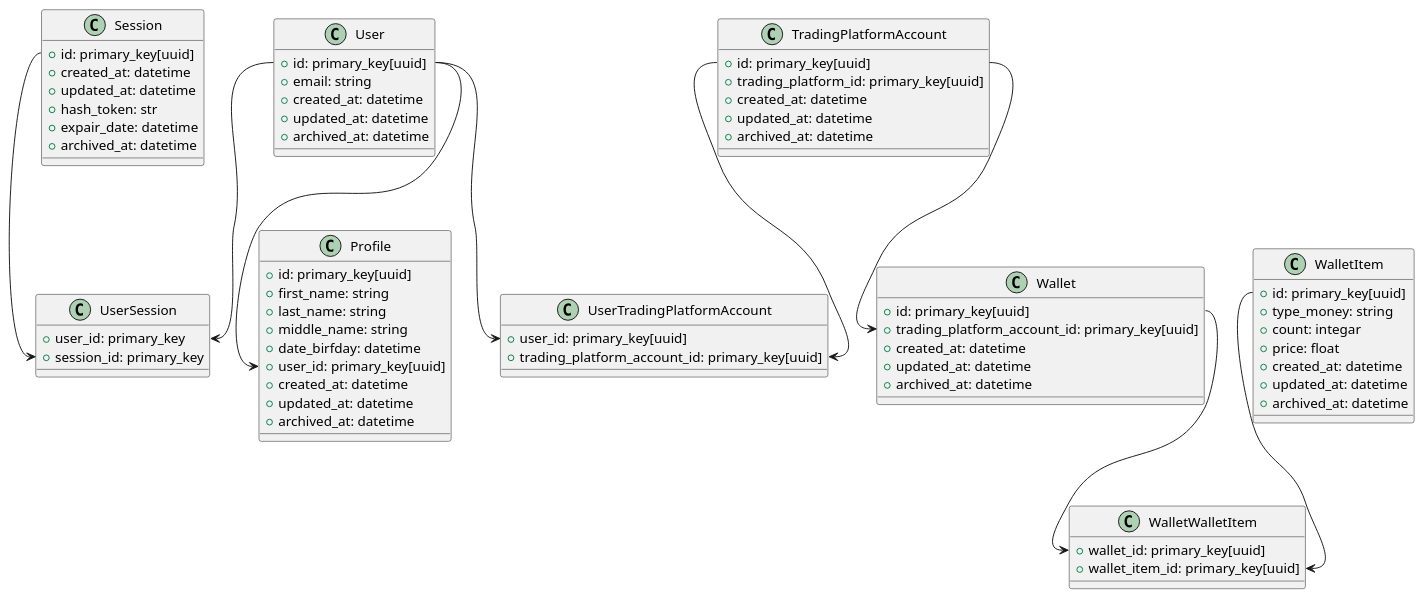
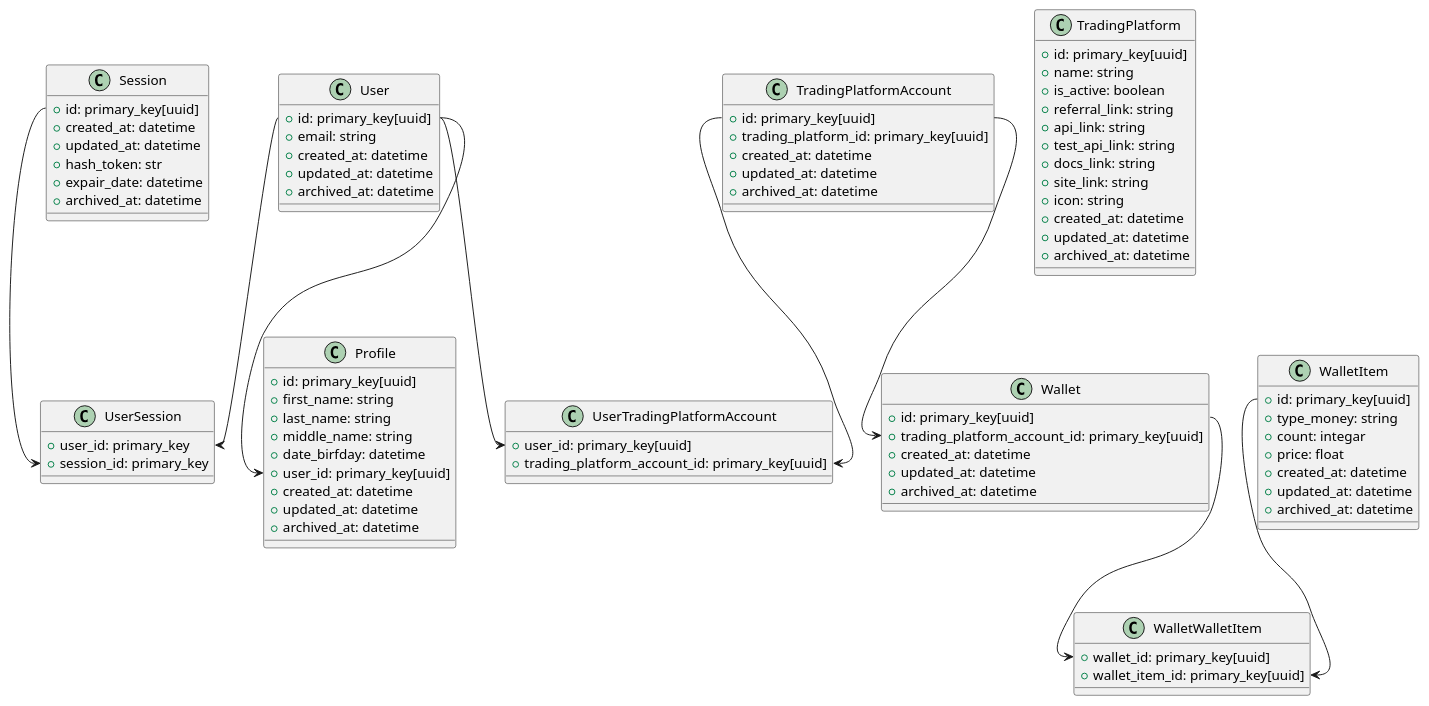
The diagram in diagrams/UserModuleDBArchitecture.puml (Nikolaj9596/HostingTredingBotsCS), drawn with PlantUML before and after one commit. The commit also changed 4 other files, not shown here.

Commit message:
feat: added trading platform interface and domain modal

```diff
--- a/diagrams/UserModuleDBArchitecture.puml
+++ b/diagrams/UserModuleDBArchitecture.puml
@@ -1,81 +1,96 @@
 @startuml
 
 class User {
   + id: primary_key[uuid]
   + email: string
   + created_at: datetime 
   + updated_at: datetime 
   + archived_at: datetime
 }
 
 class Session {
   + id: primary_key[uuid]
   + created_at: datetime 
   + updated_at: datetime 
   + hash_token: str
   + expair_date: datetime
   + archived_at: datetime
 }
 
 class UserSession {
   + user_id: primary_key
   + session_id: primary_key
 }
 
 class Profile {
   + id: primary_key[uuid]
   + first_name: string
   + last_name: string
   + middle_name: string
   + date_birfday: datetime
   + user_id: primary_key[uuid]
+  + created_at: datetime 
+  + updated_at: datetime 
+  + archived_at: datetime
+}
+
+class TradingPlatform {
+  + id: primary_key[uuid]
+  + name: string
+  + is_active: boolean 
+  + referral_link: string
+  + api_link: string
+  + test_api_link: string
+  + docs_link: string
+  + site_link: string
+  + icon: string
   + created_at: datetime 
   + updated_at: datetime 
   + archived_at: datetime
 }
 
 class TradingPlatformAccount {
   + id: primary_key[uuid]
   + trading_platform_id: primary_key[uuid]
   + created_at: datetime 
   + updated_at: datetime 
   + archived_at: datetime
 }
 
 class UserTradingPlatformAccount{
   + user_id: primary_key[uuid]
   + trading_platform_account_id: primary_key[uuid] 
 }
 
 class Wallet{
   + id: primary_key[uuid]
   + trading_platform_account_id: primary_key[uuid] 
   + created_at: datetime 
   + updated_at: datetime 
   + archived_at: datetime
 }
 
 class WalletItem{
   + id: primary_key[uuid]
   + type_money: string
   + count: integar
   + price: float
   + created_at: datetime 
   + updated_at: datetime 
   + archived_at: datetime
 }
 
 class WalletWalletItem{
   + wallet_id: primary_key[uuid]
   + wallet_item_id: primary_key[uuid]
 }
 
 User::id --> UserSession::user_id
 User::id --> UserTradingPlatformAccount::user_id
 User::id --> Profile::user_id
 TradingPlatformAccount::id --> UserTradingPlatformAccount::trading_platform_account_id
 TradingPlatformAccount::id --> Wallet::trading_platform_account_id
 Session::id --> UserSession::session_id
 Wallet::id --> WalletWalletItem::wallet_id
 WalletItem::id --> WalletWalletItem::wallet_item_id
 @enduml
```
